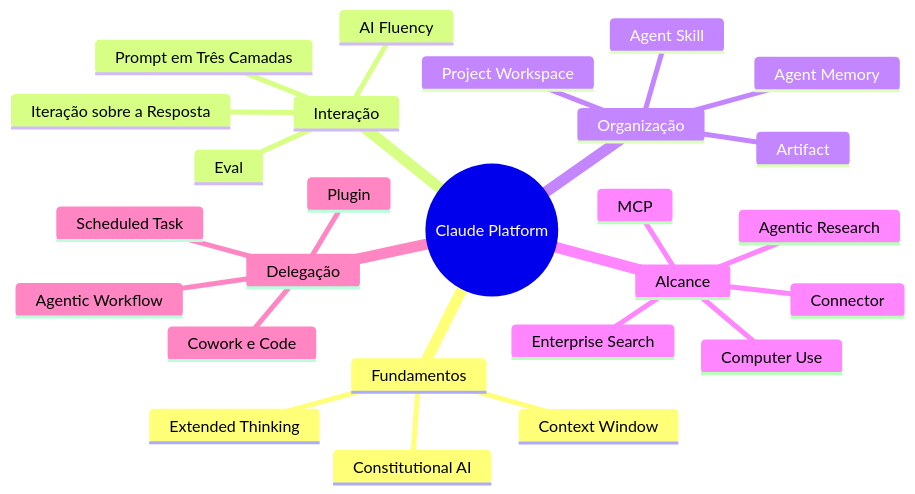
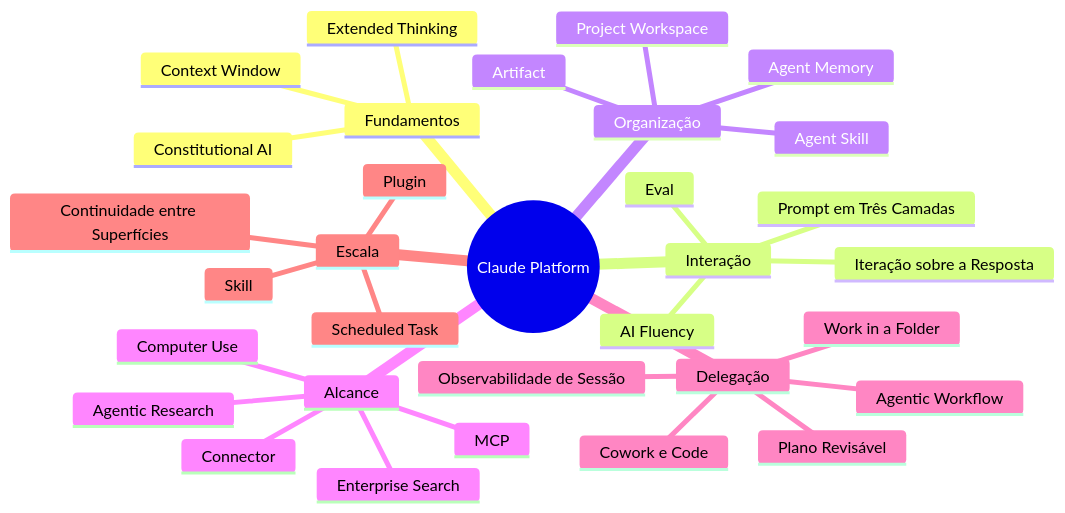
One commit to heitorrapcinski/Knowledge-Vault changed the diagram in 03 Maps of Content (MOCs)/Claude Platform MOC.md. Above: the diagram before and after it, drawn with Mermaid. The commit also changed other lines of this file and 16 other files, not shown here.

````diff
--- a/03 Maps of Content (MOCs)/Claude Platform MOC.md
+++ b/03 Maps of Content (MOCs)/Claude Platform MOC.md
@@ -24,29 +24,35 @@
 ```mermaid
 mindmap
   root((Claude Platform))
     Fundamentos
       Constitutional AI
       Context Window
       Extended Thinking
     Interação
       Prompt em Três Camadas
       Iteração sobre a Resposta
       AI Fluency
       Eval
     Organização
       Project Workspace
       Artifact
       Agent Skill
       Agent Memory
     Alcance
       Connector
       MCP
       Enterprise Search
       Agentic Research
       Computer Use
     Delegação
       Agentic Workflow
+      Work in a Folder
+      Plano Revisável
+      Observabilidade de Sessão
+      Cowork e Code
+    Escala
+      Skill
       Scheduled Task
       Plugin
-      Cowork e Code
+      Continuidade entre Superfícies
 ```
````
